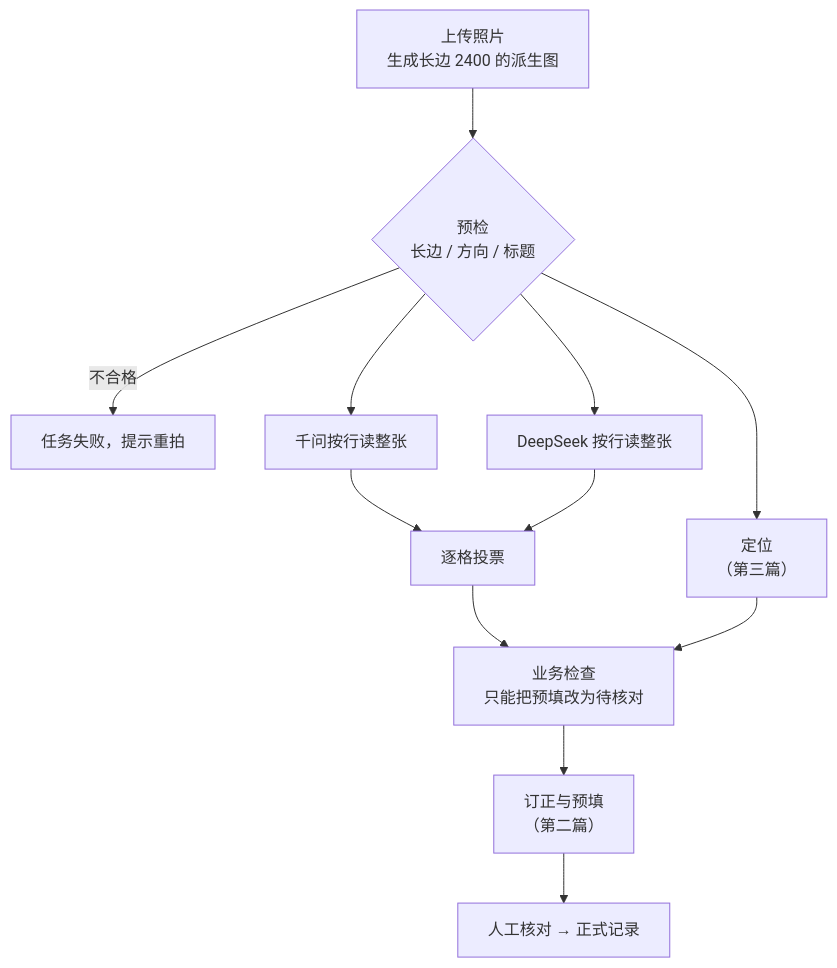
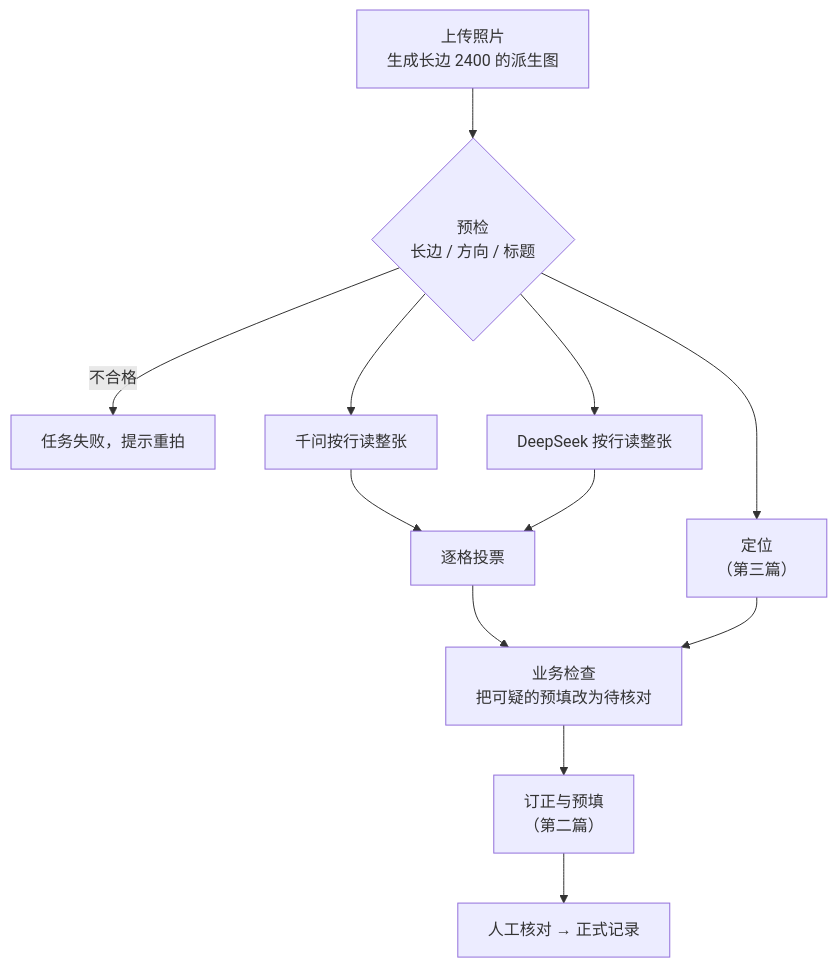
Before and after one commit to bencode/walden: the second of 2 diagrams in apps/web/src/content/posts/handwritten-forms-1.mdx, drawn with Mermaid. The commit also changed other lines of this file and 11 other files, not shown here.

````diff
--- a/apps/web/src/content/posts/handwritten-forms-1.mdx
+++ b/apps/web/src/content/posts/handwritten-forms-1.mdx
@@ -105,14 +115,14 @@
 ```mermaid
 flowchart TD
   U["上传照片<br/>生成长边 2400 的派生图"] --> P{"预检<br/>长边 / 方向 / 标题"}
   P -- 不合格 --> X["任务失败，提示重拍"]
   P --> Q["千问按行读整张"]
   P --> D["DeepSeek 按行读整张"]
   P --> L["定位<br/>（第三篇）"]
   Q --> V["逐格投票"]
   D --> V
-  V --> C["业务检查<br/>只能把预填改为待核对"]
+  V --> C["业务检查<br/>把可疑的预填改为待核对"]
   L --> C
   C --> W["订正与预填<br/>（第二篇）"]
   W --> H["人工核对 → 正式记录"]
 ```
````
